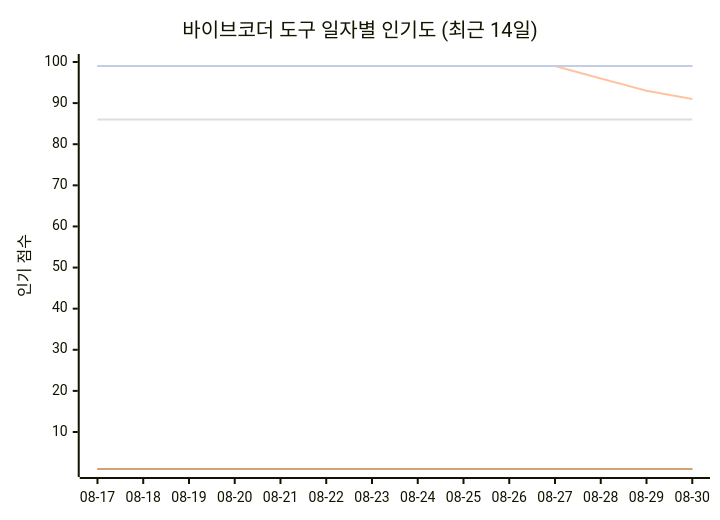
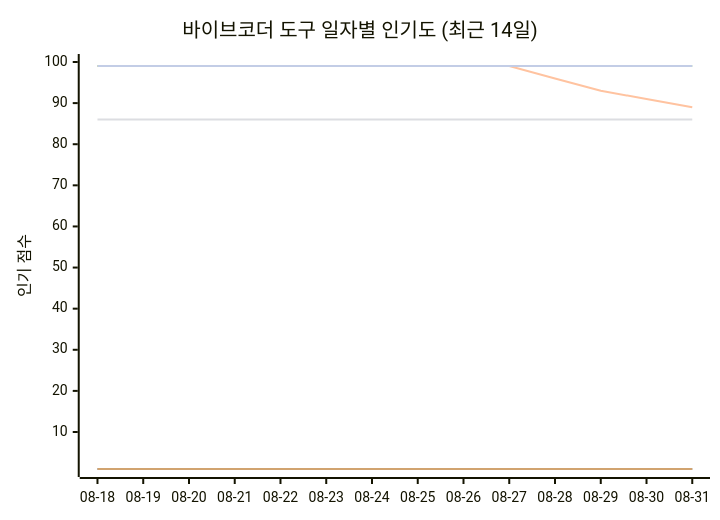
One commit to tykimos/ai-whatchelin changed the seventh of 11 diagrams in README_ko.md. Above: the diagram before and after it, drawn with Mermaid. The commit also changed other lines of this file and 4 other files, not shown here.

````diff
--- a/README_ko.md
+++ b/README_ko.md
@@ -2335,13 +2335,13 @@
 ```mermaid
 xychart-beta
     title "바이브코더 도구 일자별 인기도 (최근 14일)"
-    x-axis ["08-17", "08-18", "08-19", "08-20", "08-21", "08-22", "08-23", "08-24", "08-25", "08-26", "08-27", "08-28", "08-29", "08-30"]
+    x-axis ["08-18", "08-19", "08-20", "08-21", "08-22", "08-23", "08-24", "08-25", "08-26", "08-27", "08-28", "08-29", "08-30", "08-31"]
     y-axis "인기 점수" 1 --> 100
     line "Claude Code" [99, 99, 99, 99, 99, 99, 99, 99, 99, 99, 99, 99, 99, 99]
     line "GH Copilot" [1, 1, 1, 1, 1, 1, 1, 1, 1, 1, 1, 1, 1, 1]
-    line "Cursor" [99, 99, 99, 99, 99, 99, 99, 99, 99, 99, 99, 96, 93, 91]
+    line "Cursor" [99, 99, 99, 99, 99, 99, 99, 99, 99, 99, 96, 93, 91, 89]
     line "Windsurf" [86, 86, 86, 86, 86, 86, 86, 86, 86, 86, 86, 86, 86, 86]
     line "Codex CLI" [99, 99, 99, 99, 99, 99, 99, 99, 99, 99, 99, 99, 99, 99]
     line "Gemini CLI" [1, 1, 1, 1, 1, 1, 1, 1, 1, 1, 1, 1, 1, 1]
     line "Antigravity" [99, 99, 99, 99, 99, 99, 99, 99, 99, 99, 99, 99, 99, 99]
 ```
````
